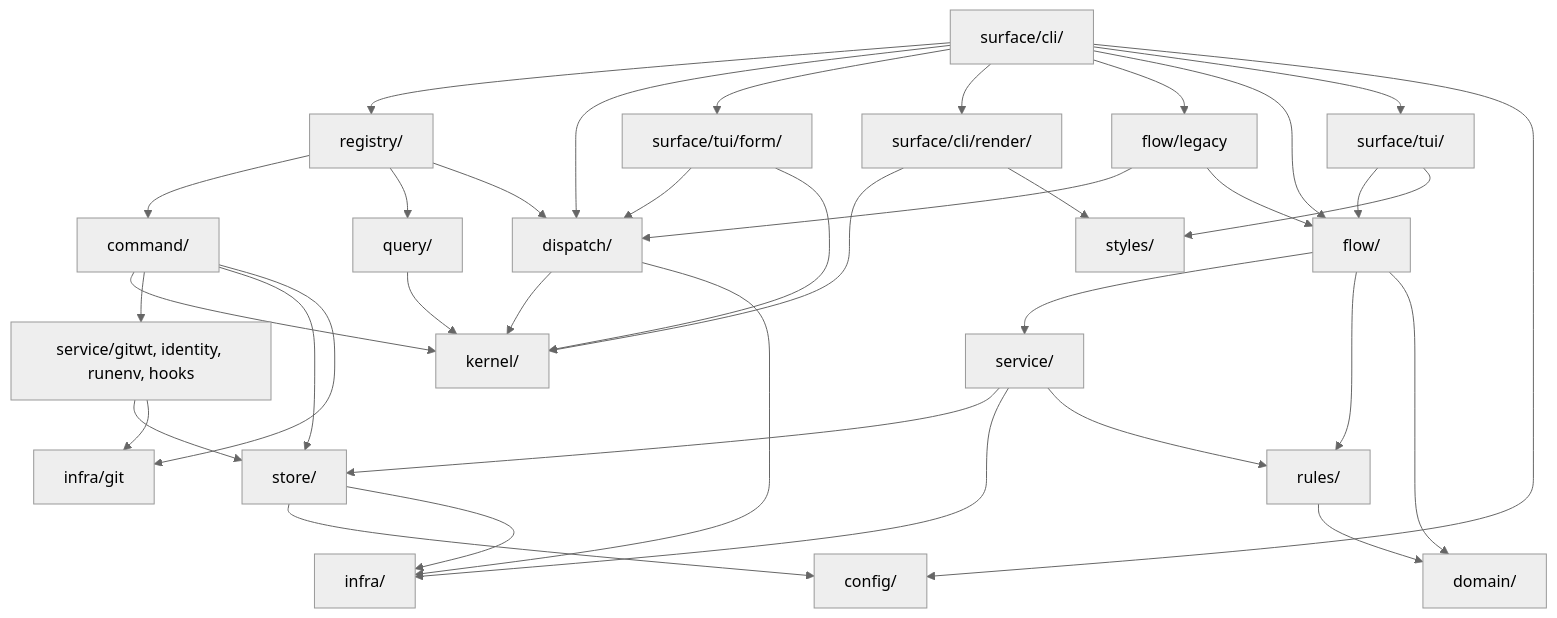
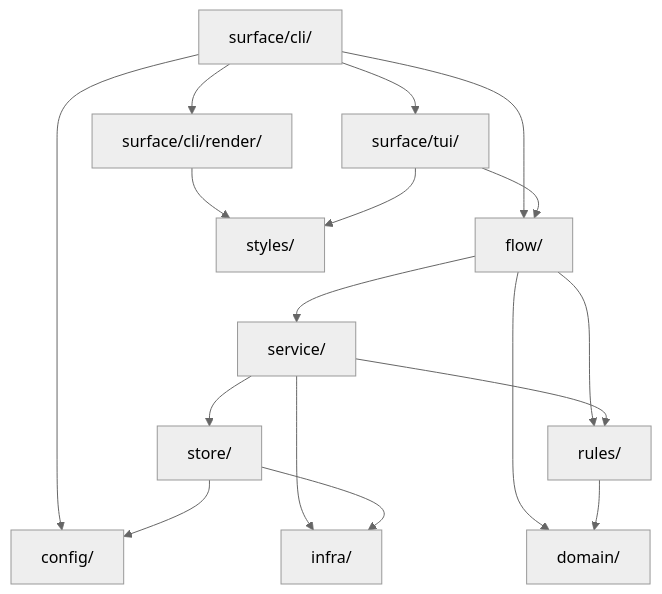
One commit to LucasPcq/wtm changed the diagram in docs/dev/architecture.md. Above: the diagram before and after it, drawn with Mermaid (neutral theme). The commit also changed other lines of this file and 281 other files, not shown here.

````diff
--- a/docs/dev/architecture.md
+++ b/docs/dev/architecture.md
@@ -184,40 +148,19 @@
 ```mermaid
 flowchart TD
-  cli["surface/cli/"] --> registry["registry/"]
-  cli --> dispatch["dispatch/"]
-  cli --> form["surface/tui/form/"]
-  cli --> output["surface/cli/render/"]
-  cli --> legacy["flow/legacy"]
+  cli["surface/cli/"] --> output["surface/cli/render/"]
   cli --> flow["flow/"]
   cli --> tui["surface/tui/"]
   cli --> config["config/"]
-  registry --> command["command/"]
-  registry --> query["query/"]
-  registry --> dispatch
-  form --> dispatch
-  form --> kernel
-  output --> kernel["kernel/"]
-  legacy --> dispatch
-  legacy --> flow
-  dispatch --> kernel
-  dispatch --> infra["infra/"]
-  command --> kernel
-  command --> engineservices["service/gitwt, identity, runenv, hooks"]
-  command --> store["store/"]
-  command --> git["infra/git"]
-  query --> kernel
-  engineservices --> store
-  engineservices --> git
   tui --> flow
   flow --> service["service/"]
   flow --> rules["rules/"]
-  service --> store
-  service --> infra
+  service --> store["store/"]
+  service --> infra["infra/"]
   service --> rules
   flow --> domain
   store --> config
   store --> infra
   rules --> domain["domain/"]
   output --> styles["styles/"]
   tui --> styles
 ```
````
